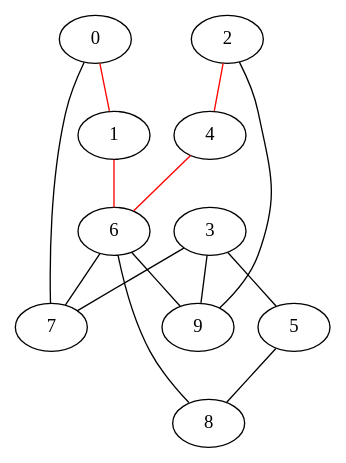
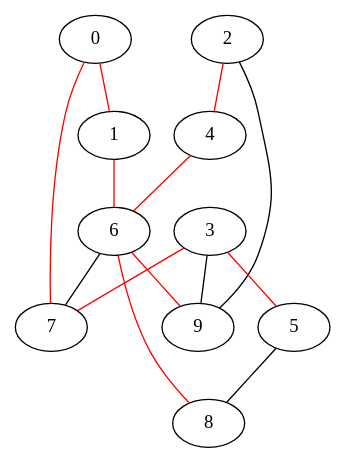
The diagram in week4/three.dot (amitkvikram/CS2100), drawn with Graphviz before and after one commit. The commit also changed 14 other files, not shown here.

```diff
--- a/week4/three.dot
+++ b/week4/three.dot
@@ -1,18 +1,18 @@
 graph three{
 	0 -- 1[color=red];
-	0 -- 7;
+	0 -- 7[color=red];
 	1 -- 6[color=red];
 	2 -- 4[color=red];
 	2 -- 9;
-	3 -- 5;
-	3 -- 7;
+	3 -- 5[color=red];
+	3 -- 7[color=red];
 	3 -- 9;
 	4 -- 6[color=red];
 	5 -- 8;
 	6 -- 7;
-	6 -- 8;
-	6 -- 9;
+	6 -- 8[color=red];
+	6 -- 9[color=red];
 	7;
 	8;
 	9
 }
```
